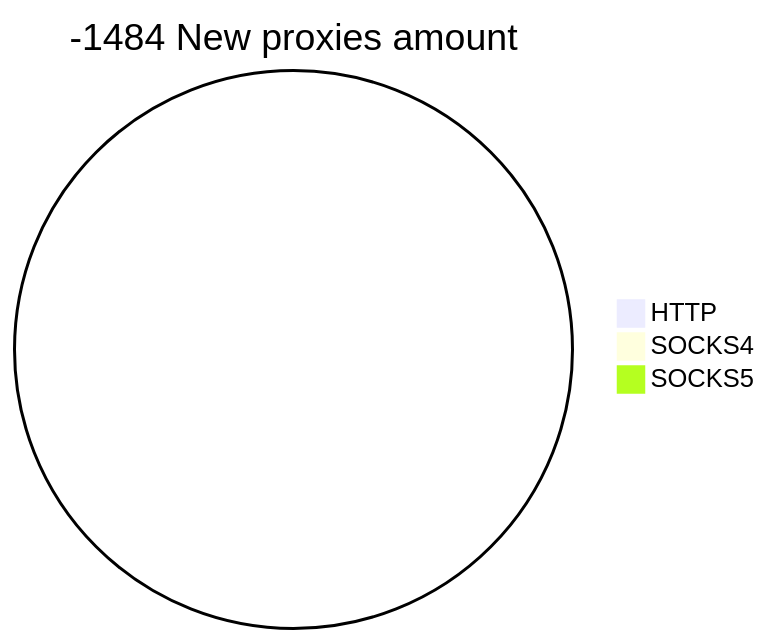
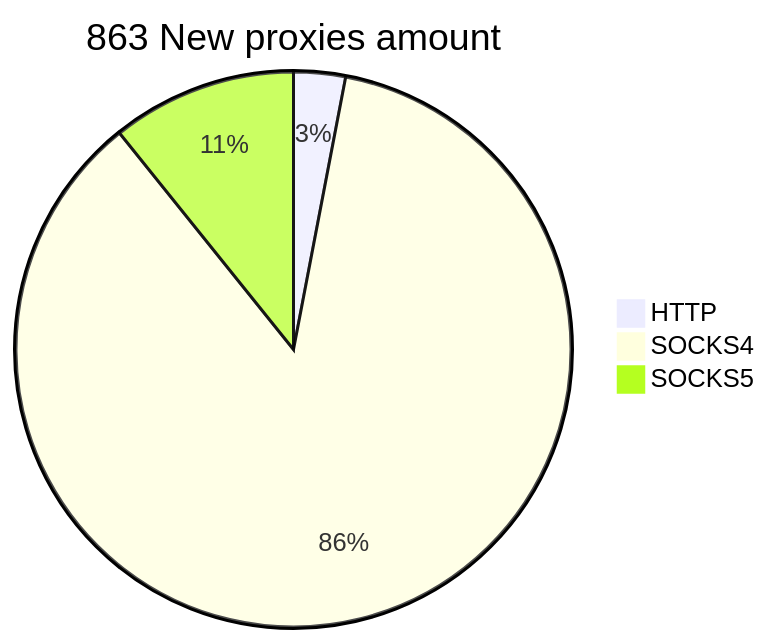
The second of 2 diagrams in README.md (cutipu/proxylist), drawn with Mermaid before and after one commit. The commit also changed other lines of this file, not shown here.

````diff
--- a/README.md
+++ b/README.md
@@ -10,6 +10,6 @@
 ```mermaid
-pie title -1484 New proxies amount
-    "HTTP" : 0
-    "SOCKS4" : 0
-    "SOCKS5" : 0
+pie title 863 New proxies amount
+    "HTTP" : 26
+    "SOCKS4" : 744
+    "SOCKS5" : 93
 ```
````
